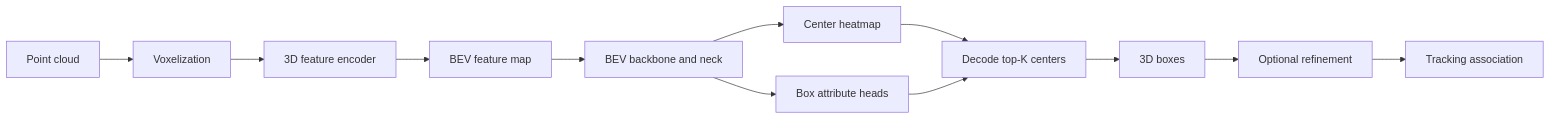
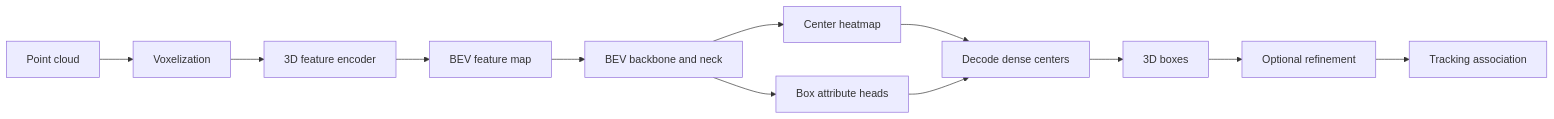
One commit to bskkimm/CenterPoint-From-Scratch changed the diagram in README.md. Above: the diagram before and after it, drawn with Mermaid. The commit also changed other lines of this file and 5 other files, not shown here.

````diff
--- a/README.md
+++ b/README.md
@@ -39,14 +39,14 @@
 ```mermaid
 flowchart LR
     A[Point cloud] --> B[Voxelization]
     B --> C[3D feature encoder]
     C --> D[BEV feature map]
     D --> E[BEV backbone and neck]
     E --> F[Center heatmap]
     E --> G[Box attribute heads]
-    F --> H[Decode top-K centers]
+    F --> H[Decode dense centers]
     G --> H
     H --> I[3D boxes]
     I --> J[Optional refinement]
     J --> K[Tracking association]
 ```
````
